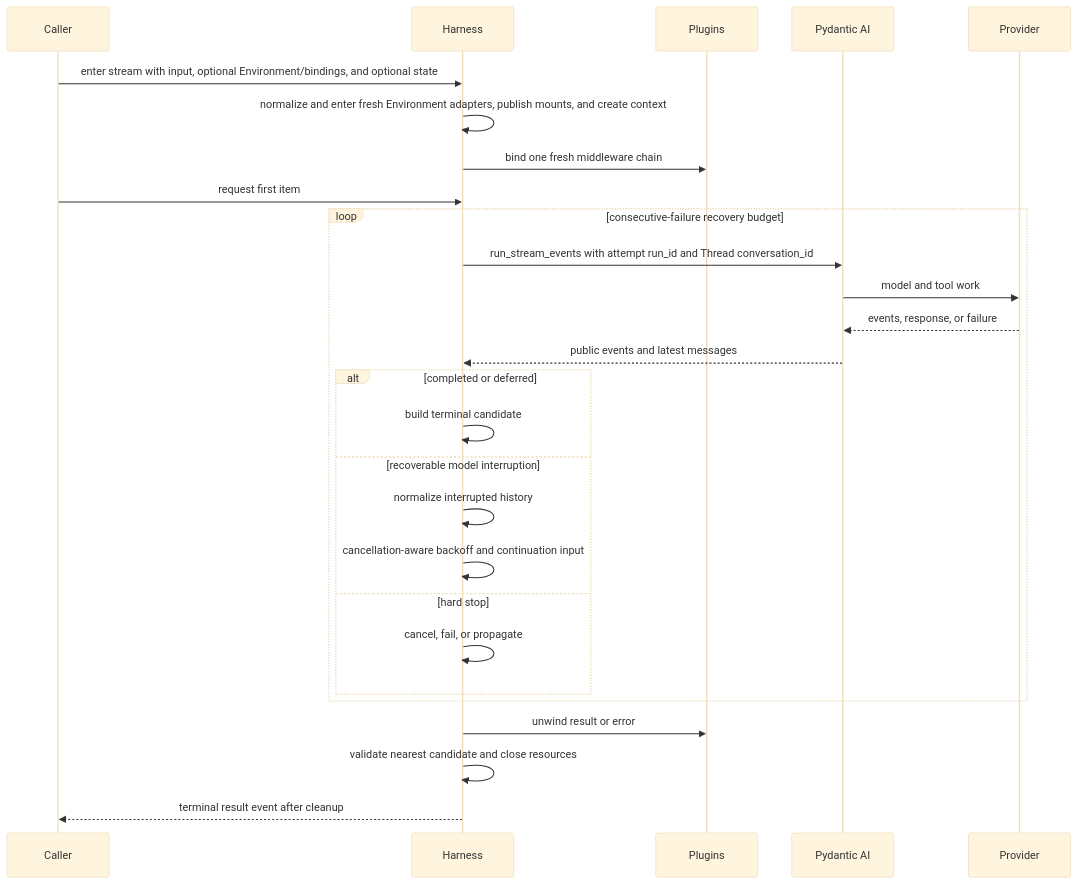
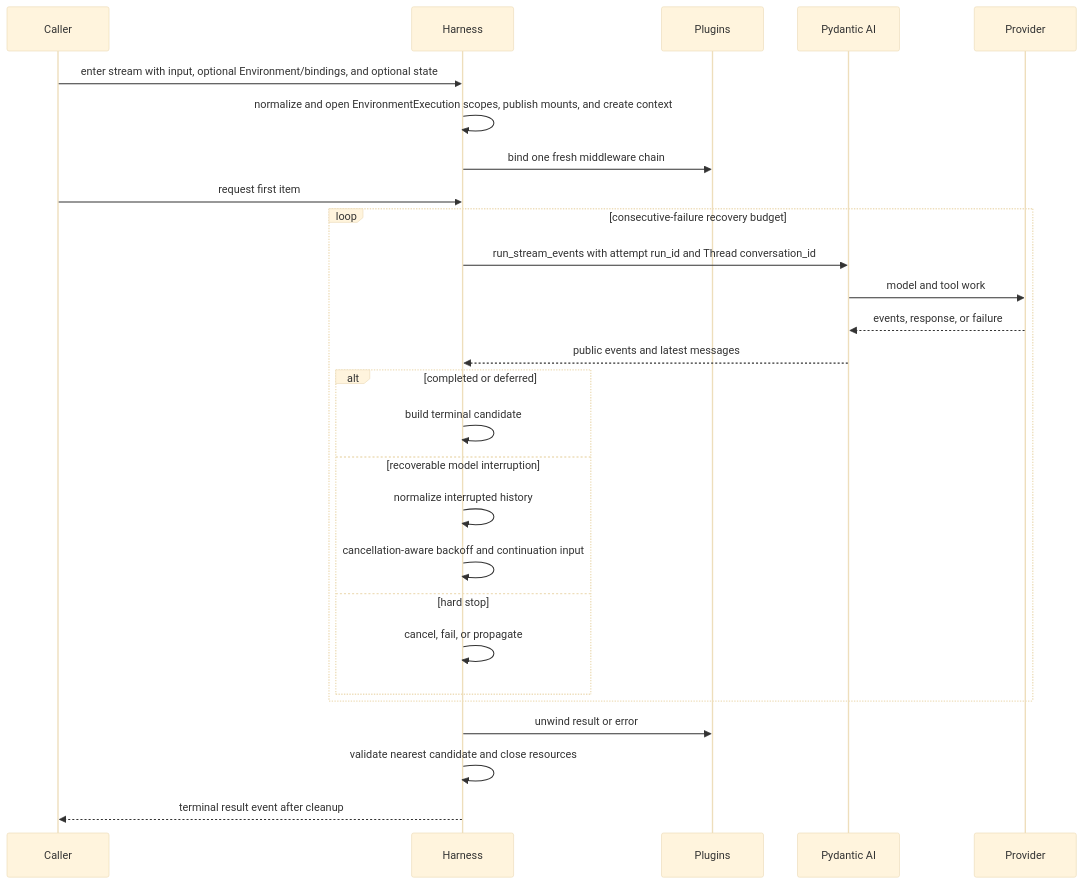
One commit to converge-ai-labs/agent-foundation changed the second of 2 diagrams in spec/a13n-harness/06-execution-context-and-lifecycle.md. Above: the diagram before and after it, drawn with Mermaid (base theme). The commit also changed other lines of this file and 37 other files, not shown here.

````diff
--- a/spec/a13n-harness/06-execution-context-and-lifecycle.md
+++ b/spec/a13n-harness/06-execution-context-and-lifecycle.md
@@ -99,30 +99,30 @@
 ```mermaid
 sequenceDiagram
     participant Caller
     participant Harness
     participant Plugins
     participant PAI as Pydantic AI
     participant Provider
 
     Caller->>Harness: enter stream with input, optional Environment/bindings, and optional state
-    Harness->>Harness: normalize and enter fresh Environment adapters, publish mounts, and create context
+    Harness->>Harness: normalize and open EnvironmentExecution scopes, publish mounts, and create context
     Harness->>Plugins: bind one fresh middleware chain
     Caller->>Harness: request first item
     loop consecutive-failure recovery budget
         Harness->>PAI: run_stream_events with attempt run_id and Thread conversation_id
         PAI->>Provider: model and tool work
         Provider-->>PAI: events, response, or failure
         PAI-->>Harness: public events and latest messages
         alt completed or deferred
             Harness->>Harness: build terminal candidate
         else recoverable model interruption
             Harness->>Harness: normalize interrupted history
             Harness->>Harness: cancellation-aware backoff and continuation input
         else hard stop
             Harness->>Harness: cancel, fail, or propagate
         end
     end
     Harness->>Plugins: unwind result or error
     Harness->>Harness: validate nearest candidate and close resources
     Harness-->>Caller: terminal result event after cleanup
 ```
````
